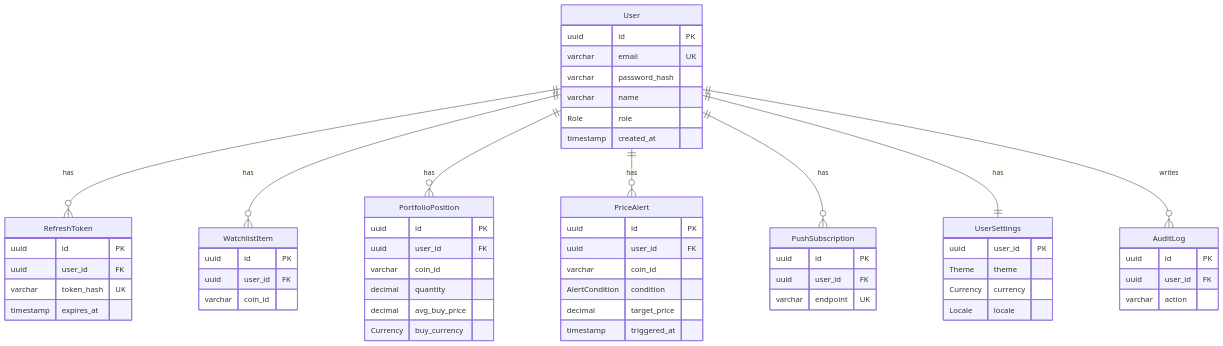
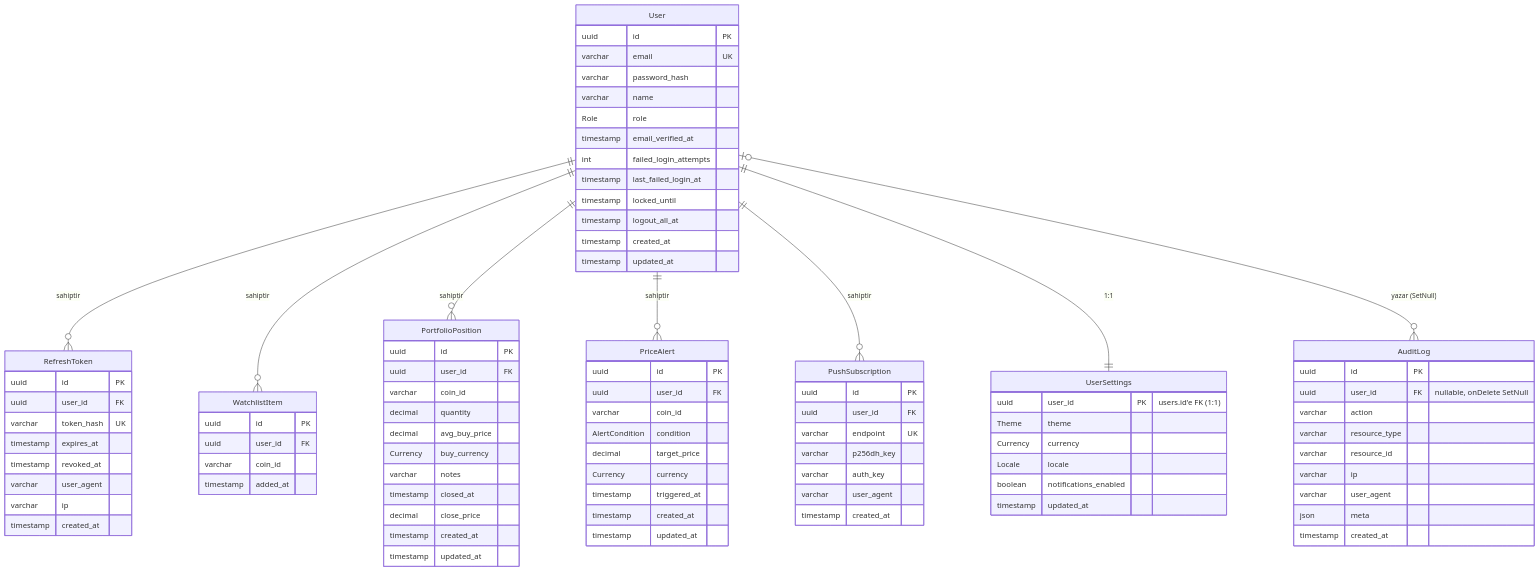
Before and after one commit to FKAV64/web-based-progrmming-end-of-year-project: the fifth of 7 diagrams in PROJE-RAPORU.md, drawn with Mermaid. The commit also changed other lines of this file and 9 other files, not shown here.

Commit message:
docs: Turkish README/documantation + corrected ERD/alarm diyagrams

````diff
--- a/PROJE-RAPORU.md
+++ b/PROJE-RAPORU.md
@@ -806,12 +822,12 @@
 ```mermaid
 erDiagram
-    User ||--o{ RefreshToken : has
-    User ||--o{ WatchlistItem : has
-    User ||--o{ PortfolioPosition : has
-    User ||--o{ PriceAlert : has
-    User ||--o{ PushSubscription : has
-    User ||--|| UserSettings : has
-    User ||--o{ AuditLog : writes
+    User ||--o{ RefreshToken : "sahiptir"
+    User ||--o{ WatchlistItem : "sahiptir"
+    User ||--o{ PortfolioPosition : "sahiptir"
+    User ||--o{ PriceAlert : "sahiptir"
+    User ||--o{ PushSubscription : "sahiptir"
+    User ||--|| UserSettings : "1:1"
+    User |o--o{ AuditLog : "yazar (SetNull)"
 
     User {
         uuid id PK
@@ -819,18 +835,29 @@
         varchar password_hash
         varchar name
         Role role
+        timestamp email_verified_at
+        int failed_login_attempts
+        timestamp last_failed_login_at
+        timestamp locked_until
+        timestamp logout_all_at
         timestamp created_at
+        timestamp updated_at
     }
     RefreshToken {
         uuid id PK
         uuid user_id FK
         varchar token_hash UK
         timestamp expires_at
+        timestamp revoked_at
+        varchar user_agent
+        varchar ip
+        timestamp created_at
     }
     WatchlistItem {
         uuid id PK
         uuid user_id FK
         varchar coin_id
+        timestamp added_at
     }
     PortfolioPosition {
         uuid id PK
@@ -839,6 +866,11 @@
         decimal quantity
         decimal avg_buy_price
         Currency buy_currency
+        varchar notes
+        timestamp closed_at
+        decimal close_price
+        timestamp created_at
+        timestamp updated_at
     }
     PriceAlert {
         uuid id PK
@@ -846,22 +878,37 @@
         varchar coin_id
         AlertCondition condition
         decimal target_price
+        Currency currency
         timestamp triggered_at
+        timestamp created_at
+        timestamp updated_at
     }
     PushSubscription {
         uuid id PK
         uuid user_id FK
         varchar endpoint UK
+        varchar p256dh_key
+        varchar auth_key
+        varchar user_agent
+        timestamp created_at
     }
     UserSettings {
-        uuid user_id PK
+        uuid user_id PK "users.id'e FK (1:1)"
         Theme theme
         Currency currency
         Locale locale
+        boolean notifications_enabled
+        timestamp updated_at
     }
     AuditLog {
         uuid id PK
-        uuid user_id FK
+        uuid user_id FK "nullable, onDelete SetNull"
         varchar action
+        varchar resource_type
+        varchar resource_id
+        varchar ip
+        varchar user_agent
+        json meta
+        timestamp created_at
     }
 ```
````
